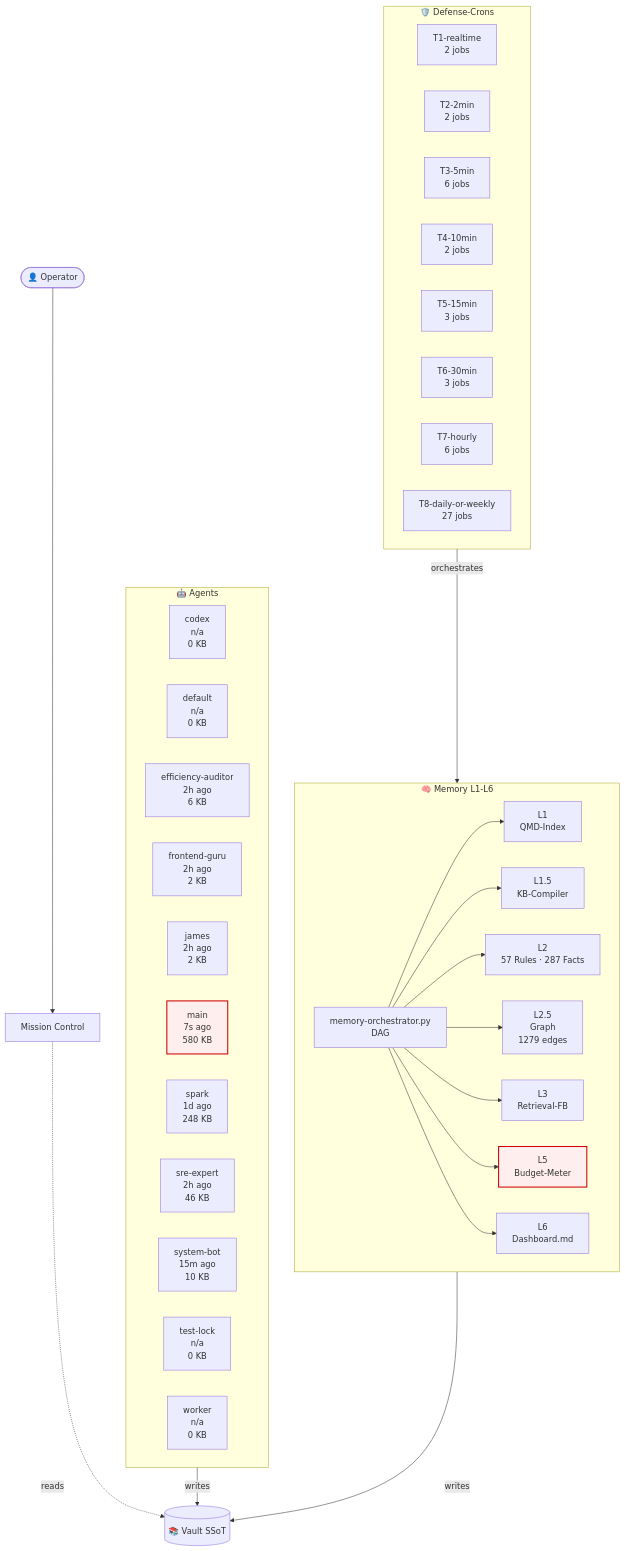
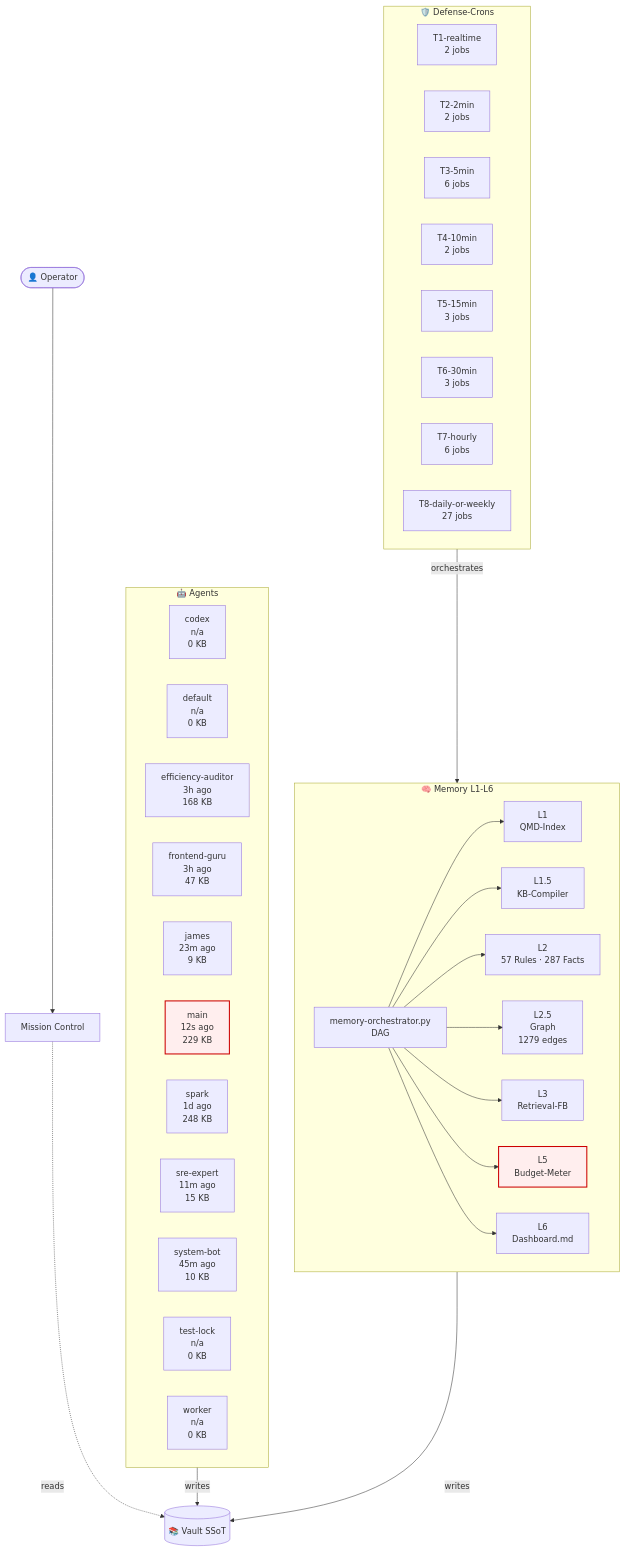
One commit to lenardhuebner88-rgb/openclaw-memory changed the diagram in 03-Agents/architecture-live.md. Above: the diagram before and after it, drawn with Mermaid. The commit also changed other lines of this file and 2 other files, not shown here.

````diff
--- a/03-Agents/architecture-live.md
+++ b/03-Agents/architecture-live.md
@@ -18,54 +18,54 @@
 ```mermaid
 flowchart TB
     classDef critical fill:#fee,stroke:#c00,stroke-width:2px;
     subgraph AGT["🤖 Agents"]
         agent_codex["codex<br/>n/a<br/>0 KB"]
         agent_default["default<br/>n/a<br/>0 KB"]
-        agent_efficiency_auditor["efficiency-auditor<br/>2h ago<br/>6 KB"]
-        agent_frontend_guru["frontend-guru<br/>2h ago<br/>2 KB"]
-        agent_james["james<br/>2h ago<br/>2 KB"]
-        agent_main["main<br/>7s ago<br/>580 KB"]
+        agent_efficiency_auditor["efficiency-auditor<br/>3h ago<br/>168 KB"]
+        agent_frontend_guru["frontend-guru<br/>3h ago<br/>47 KB"]
+        agent_james["james<br/>23m ago<br/>9 KB"]
+        agent_main["main<br/>12s ago<br/>229 KB"]
         agent_spark["spark<br/>1d ago<br/>248 KB"]
-        agent_sre_expert["sre-expert<br/>2h ago<br/>46 KB"]
-        agent_system_bot["system-bot<br/>15m ago<br/>10 KB"]
+        agent_sre_expert["sre-expert<br/>11m ago<br/>15 KB"]
+        agent_system_bot["system-bot<br/>45m ago<br/>10 KB"]
         agent_test_lock["test-lock<br/>n/a<br/>0 KB"]
         agent_worker["worker<br/>n/a<br/>0 KB"]
     end
     subgraph MEM["🧠 Memory L1-L6"]
         L1["L1<br/>QMD-Index"]
         L15["L1.5<br/>KB-Compiler"]
         L2["L2<br/>57 Rules · 287 Facts"]
         L25["L2.5<br/>Graph<br/>1279 edges"]
         L3["L3<br/>Retrieval-FB"]
         L5["L5<br/>Budget-Meter"]
         L6["L6<br/>Dashboard.md"]
         ORCH["memory-orchestrator.py<br/>DAG"]
     end
     subgraph CRN["🛡️ Defense-Crons"]
         tier_T1_realtime["T1-realtime<br/>2 jobs"]
         tier_T2_2min["T2-2min<br/>2 jobs"]
         tier_T3_5min["T3-5min<br/>6 jobs"]
         tier_T4_10min["T4-10min<br/>2 jobs"]
         tier_T5_15min["T5-15min<br/>3 jobs"]
         tier_T6_30min["T6-30min<br/>3 jobs"]
         tier_T7_hourly["T7-hourly<br/>6 jobs"]
         tier_T8_daily_or_weekly["T8-daily-or-weekly<br/>27 jobs"]
     end
     VAULT[("📚 Vault SSoT")]
     OP([👤 Operator])
     MC["Mission Control"]
     OP --> MC
     MC -.reads.-> VAULT
     AGT -->|writes| VAULT
     MEM -->|writes| VAULT
     ORCH --> L1
     ORCH --> L15
     ORCH --> L2
     ORCH --> L25
     ORCH --> L3
     ORCH --> L5
     ORCH --> L6
     CRN -->|orchestrates| MEM
     class L5 critical
     class agent_main critical
 ```
````
